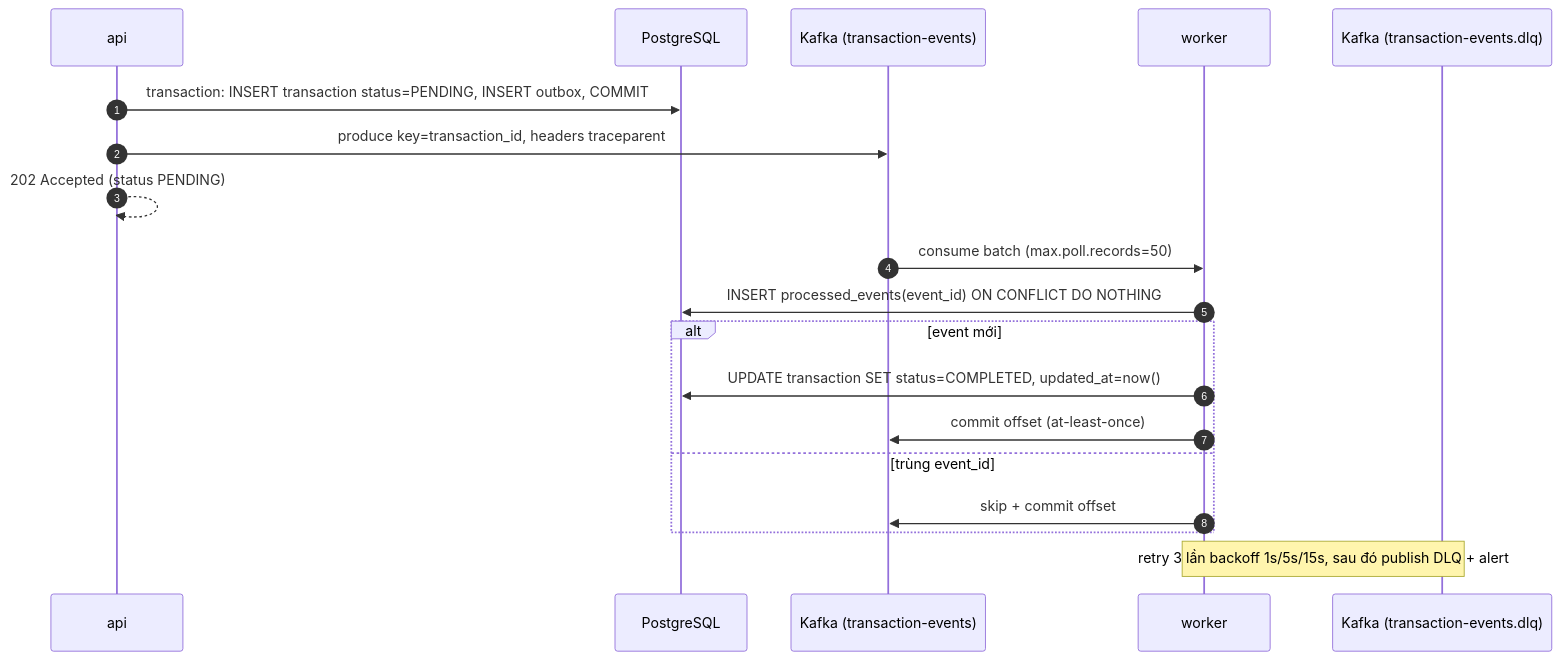
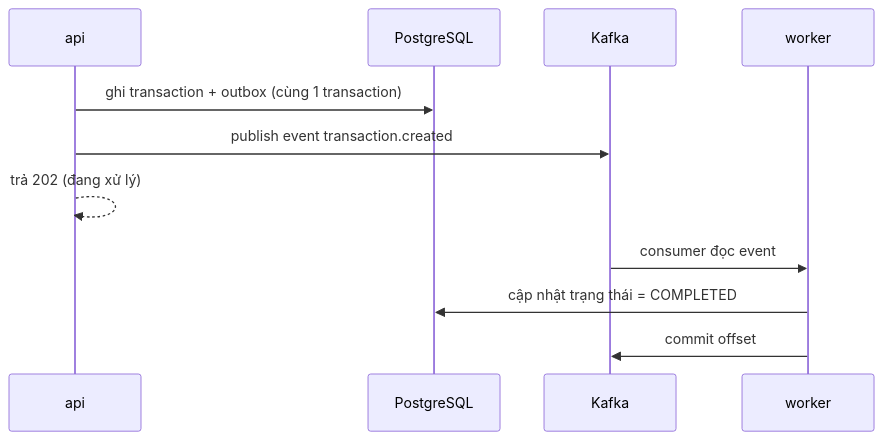
One commit to tomnphc/devopslab changed the third of 7 diagrams in phase-0.md. Above: the diagram before and after it, drawn with Mermaid. The commit also changed other lines of this file, not shown here.

````diff
--- a/phase-0.md
+++ b/phase-0.md
@@ -170,21 +130,13 @@
 ```mermaid
 sequenceDiagram
-  autonumber
   participant A as api
   participant D as PostgreSQL
-  participant K as Kafka (transaction-events)
+  participant K as Kafka
   participant WK as worker
-  participant DLQ as Kafka (transaction-events.dlq)
-  A->>D: transaction: INSERT transaction status=PENDING, INSERT outbox, COMMIT
-  A->>K: produce key=transaction_id, headers traceparent
-  A-->>A: 202 Accepted (status PENDING)
-  K->>WK: consume batch (max.poll.records=50)
-  WK->>D: INSERT processed_events(event_id) ON CONFLICT DO NOTHING
-  alt event mới
-    WK->>D: UPDATE transaction SET status=COMPLETED, updated_at=now()
-    WK->>K: commit offset (at-least-once)
-  else trùng event_id
-    WK->>K: skip + commit offset
-  end
-  Note over WK,DLQ: retry 3 lần backoff 1s/5s/15s, sau đó publish DLQ + alert
+  A->>D: ghi transaction + outbox (cùng 1 transaction)
+  A->>K: publish event transaction.created
+  A-->>A: trả 202 (đang xử lý)
+  K->>WK: consumer đọc event
+  WK->>D: cập nhật trạng thái = COMPLETED
+  WK->>K: commit offset
 ```
````
